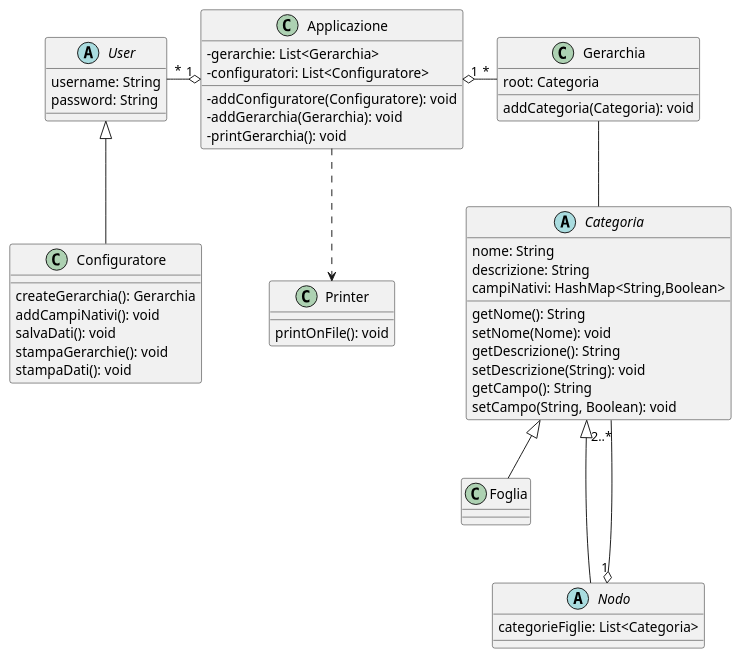
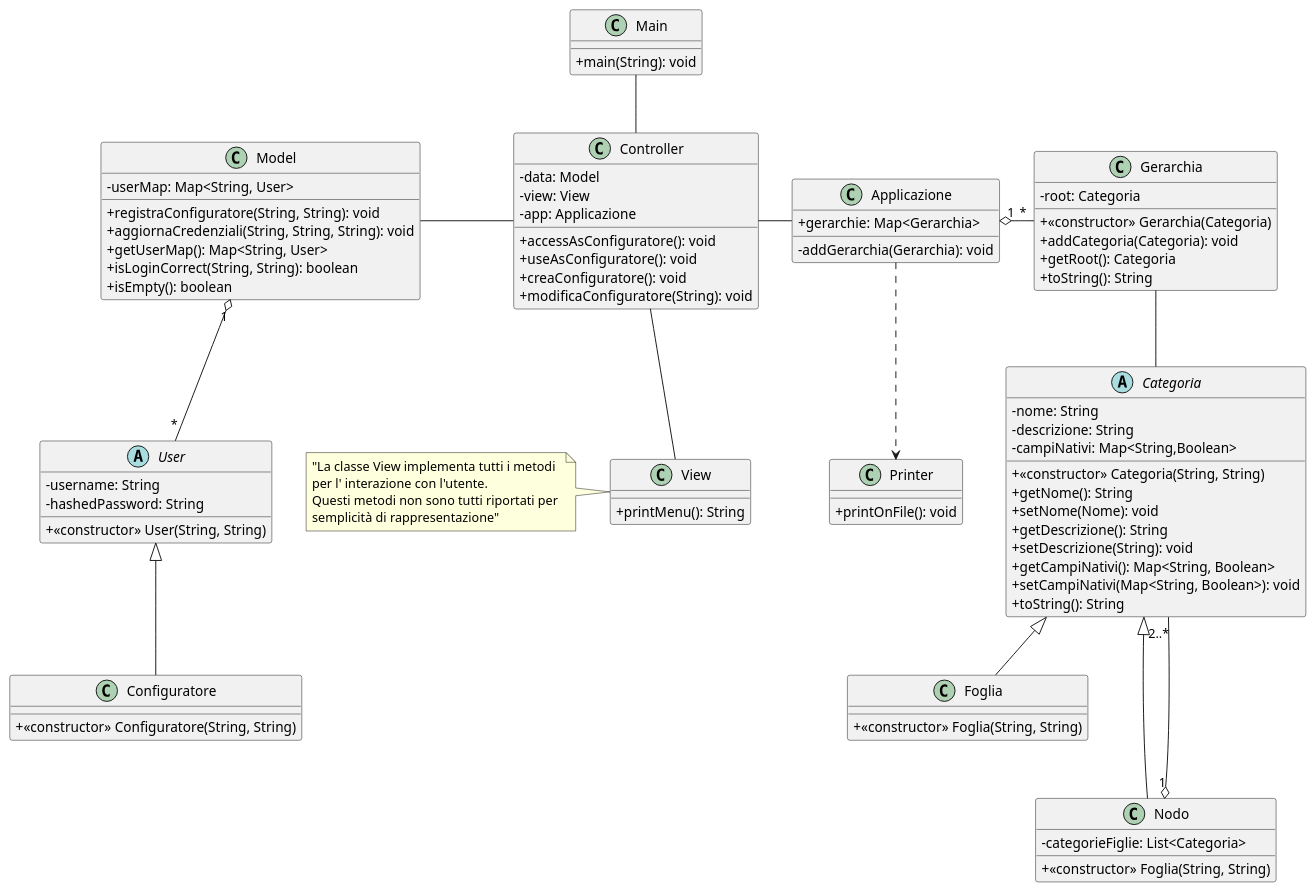
Before and after one commit to eletoo/inge_del_software: the diagram in doc/uml/version1/puml/Class diagram-Version1.0.puml, drawn with PlantUML. The commit also changed 18 other files, not shown here.

```diff
--- a/doc/uml/version1/puml/Class diagram-Version1.0.puml
+++ b/doc/uml/version1/puml/Class diagram-Version1.0.puml
@@ -1,61 +1,96 @@
 @startuml
 skinparam ClassAttributeIconSize 0
 
 class Applicazione{
-- gerarchie: List<Gerarchia>
-- configuratori: List<Configuratore>
-- addConfiguratore(Configuratore): void
++ gerarchie: Map<Gerarchia>
 - addGerarchia(Gerarchia): void
-- printGerarchia(): void
 }
 
 abstract class User{
-username: String
-password: String
+- username: String
+- hashedPassword: String
++ <<constructor>> User(String, String)
 }
 
 class Configuratore{
-createGerarchia(): Gerarchia
-addCampiNativi(): void
-salvaDati(): void
-stampaGerarchie(): void
-stampaDati(): void
++ <<constructor>> Configuratore(String, String)
 }
 
 class Printer{
-printOnFile(): void
++ printOnFile(): void
 }
 
 class Gerarchia{
-root: Categoria
-addCategoria(Categoria): void
+- root: Categoria
++ <<constructor>> Gerarchia(Categoria)
++ addCategoria(Categoria): void
++ getRoot(): Categoria
++ toString(): String
 }
 
 abstract class Categoria{
-nome: String
-descrizione: String
-campiNativi: HashMap<String,Boolean>
-getNome(): String
-setNome(Nome): void
-getDescrizione(): String
-setDescrizione(String): void
-getCampo(): String
-setCampo(String, Boolean): void
+- nome: String
+- descrizione: String
+- campiNativi: Map<String,Boolean>
++ <<constructor>> Categoria(String, String)
++ getNome(): String
++ setNome(Nome): void
++ getDescrizione(): String
++ setDescrizione(String): void
++ getCampiNativi(): Map<String, Boolean>
++ setCampiNativi(Map<String, Boolean>): void
++ toString(): String
 }
 
-class Foglia
-
-abstract class Nodo{
-categorieFiglie: List<Categoria>
+class Foglia{
++ <<constructor>> Foglia(String, String)
 }
 
-Applicazione "1" o-left- "*" User
+class Nodo{
+- categorieFiglie: List<Categoria>
++ <<constructor>> Foglia(String, String)
+}
+
+class View{
++ printMenu(): String
+}
+note left: "La classe View implementa tutti i metodi\nper l' interazione con l'utente.\nQuesti metodi non sono tutti riportati per \nsemplicità di rappresentazione"
+
+
+class Model{
+- userMap: Map<String, User>
++ registraConfiguratore(String, String): void
++ aggiornaCredenziali(String, String, String): void
++ getUserMap(): Map<String, User>
++ isLoginCorrect(String, String): boolean
++ isEmpty(): boolean
+}
+
+class Controller{
+- data: Model
+- view: View
+- app: Applicazione
++ accessAsConfiguratore(): void
++ useAsConfiguratore(): void
++ creaConfiguratore(): void
++ modificaConfiguratore(String): void
+}
+
+class Main{
++ main(String): void
+}
+
 User <|-down- Configuratore
 Printer <.up. Applicazione
 Gerarchia "*" -left-o "1" Applicazione
 Categoria -up- Gerarchia
 Foglia -up-|> Categoria
 Nodo "1" o-down-- "2..*" Categoria
 Nodo -up-|> Categoria
+Model "1" o-- "*" User
+Controller -left- Model
+Controller -right- Applicazione
+Controller -down- View
+Main -- Controller
 
 @enduml
```
